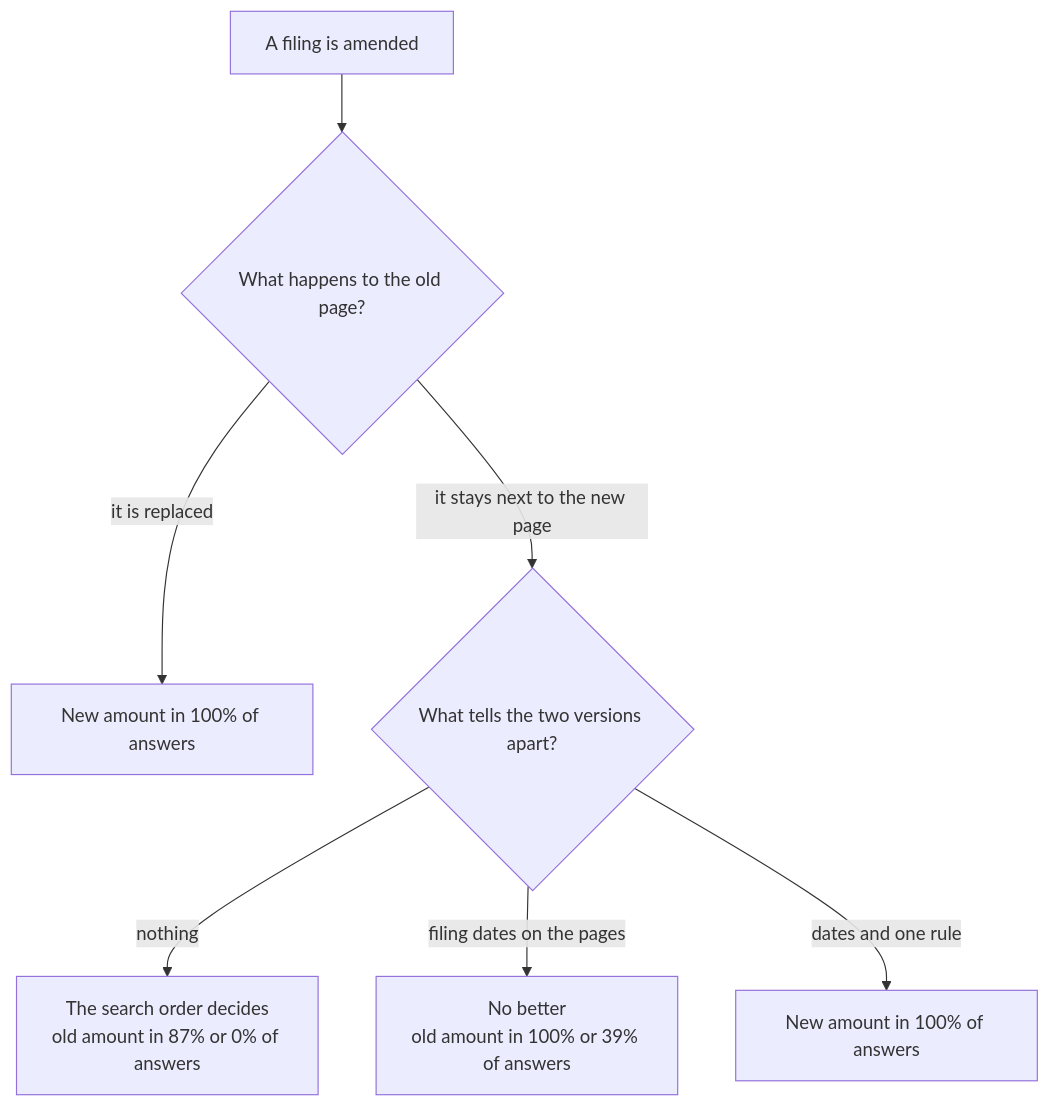
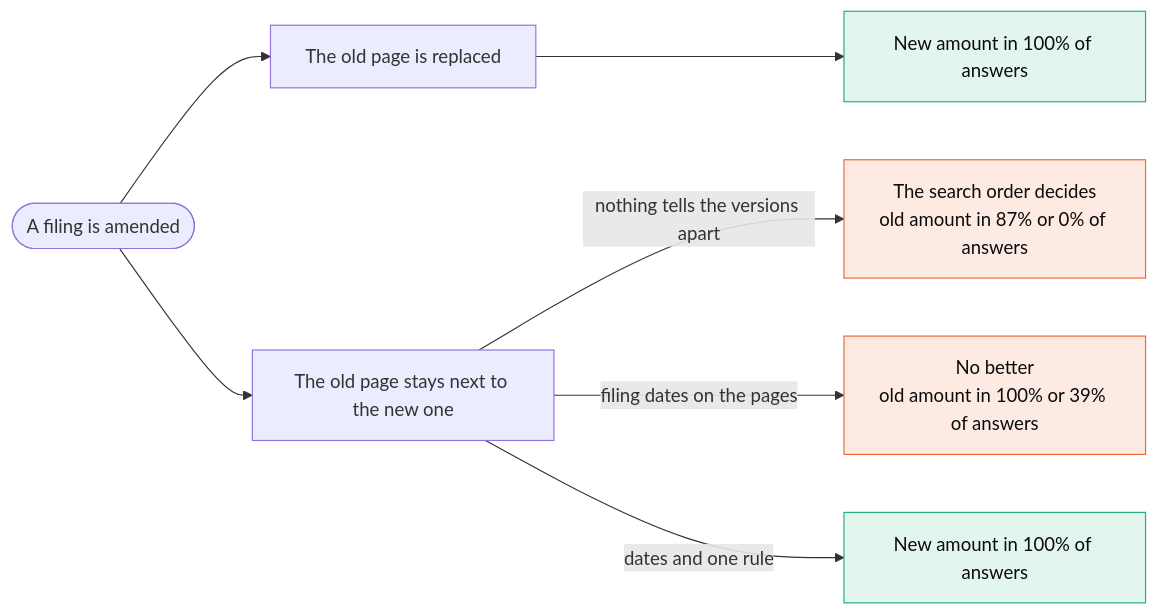
The diagram in README.md (Nikelroid/footnote-rag), drawn with Mermaid before and after one commit. The commit also changed other lines of this file and 1 other file, not shown here.

First line of the commit message:
Redraw the architecture figure and make the amendment diagram compact

````diff
--- a/README.md
+++ b/README.md
@@ -102,9 +80,13 @@
 ```mermaid
-flowchart TD
-    A[A filing is amended] --> B{What happens to the old page?}
-    B -- "it is replaced" --> C["New amount in 100% of answers"]
-    B -- "it stays next to the new page" --> D{What tells the two versions apart?}
-    D -- nothing --> E["The search order decides<br/>old amount in 87% or 0% of answers"]
+flowchart LR
+    A([A filing is amended]) --> B[The old page is replaced]
+    A --> D[The old page stays next to the new one]
+    B --> C["New amount in 100% of answers"]
+    D -- "nothing tells the versions apart" --> E["The search order decides<br/>old amount in 87% or 0% of answers"]
     D -- "filing dates on the pages" --> F["No better<br/>old amount in 100% or 39% of answers"]
     D -- "dates and one rule" --> G["New amount in 100% of answers"]
+    classDef good fill:#e3f6ee,stroke:#1baf7a,color:#0b0b0b
+    classDef bad fill:#fdebe3,stroke:#eb6834,color:#0b0b0b
+    class C,G good
+    class E,F bad
 ```
````
